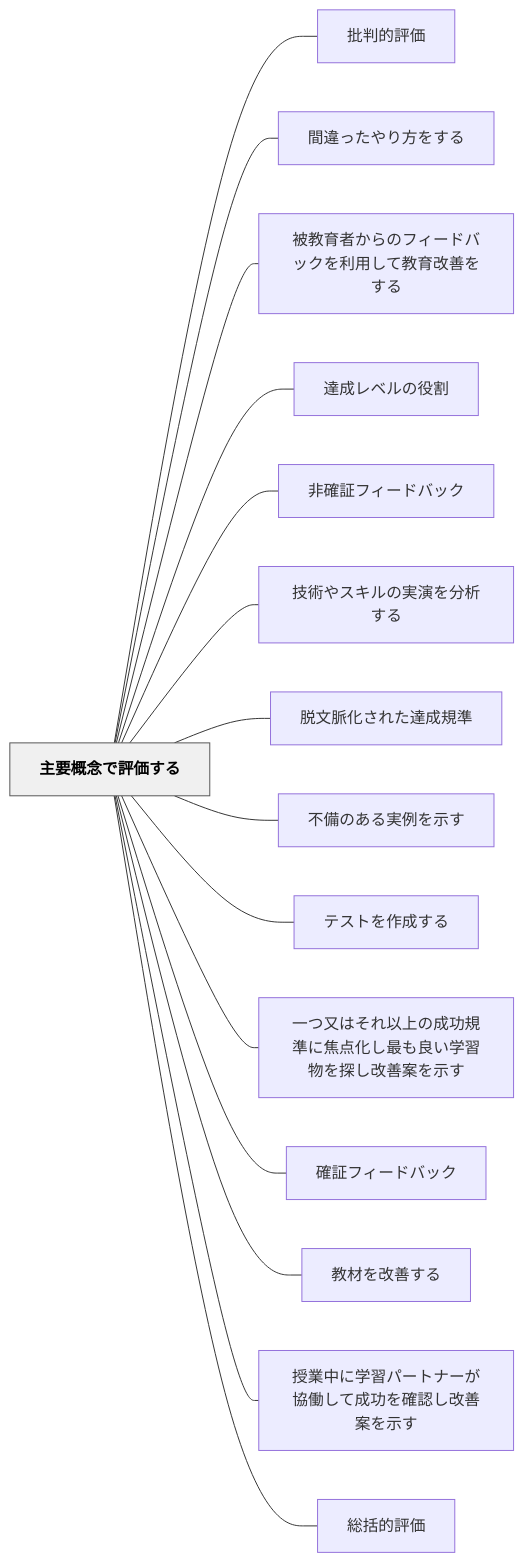
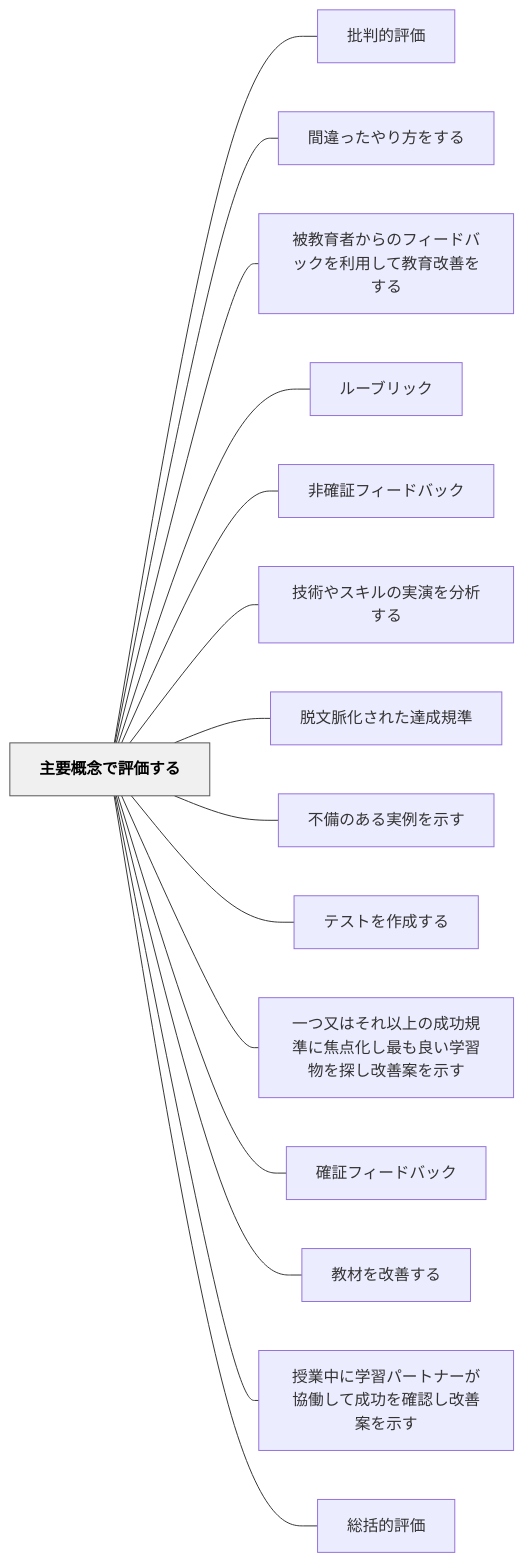
One commit to unknownthings-ed-patterns/unknownthings-ed-patterns changed the diagram in content/パタン/主要概念で評価する.md. Above: the diagram before and after it, drawn with Mermaid. The commit also changed other lines of this file and 26 other files, not shown here.

````diff
--- a/content/パタン/主要概念で評価する.md
+++ b/content/パタン/主要概念で評価する.md
@@ -110,36 +110,36 @@
 ```mermaid
 flowchart LR
     ne4b8bbe8a681e6a682e5bfb5e381a7e8a995e4bea1e38199e3828b["主要概念で評価する"]
     ne689b9e588a4e79a84e8a995e4bea1["批判的評価"]
     ne99693e98195e381a3e3819fe38284e3828ae696b9e38292e38199e3828b["間違ったやり方をする"]
     ne8a2abe69599e882b2e88085e3818be38289e381aee38395e382a3e383bce38389e38390e38383e382afe38292e588a9e794a8e38197e381a6e69599e882b2e694b9e59684e38292e38199e3828b["被教育者からのフィードバックを利用して教育改善をする"]
-    ne98194e68890e383ace38399e383abe381aee5bdb9e589b2["達成レベルの役割"]
+    ne383abe383bce38396e383aae38383e382af["ルーブリック"]
     ne99d9ee7a2bae8a8bce38395e382a3e383bce38389e38390e38383e382af["非確証フィードバック"]
     ne68a80e8a193e38284e382b9e382ade383abe381aee5ae9fe6bc94e38292e58886e69e90e38199e3828b["技術やスキルの実演を分析する"]
     ne884b1e69687e88488e58c96e38195e3828ce3819fe98194e68890e8a68fe6ba96["脱文脈化された達成規準"]
     ne4b88de58299e381aee38182e3828be5ae9fe4be8be38292e7a4bae38199["不備のある実例を示す"]
     ne38386e382b9e38388e38292e4bd9ce68890e38199e3828b["テストを作成する"]
     ne4b880e381a4e58f88e381afe3819de3828ce4bba5e4b88ae381aee68890e58a9fe8a68fe6ba96e381abe784a6e782b9e58c96e38197e69c80e38282e889afe38184e5ada6e7bf92e789a9e38292e68ea2e38197e694b9e59684e6a188e38292e7a4bae38199["一つ又はそれ以上の成功規準に焦点化し最も良い学習物を探し改善案を示す"]
     ne7a2bae8a8bce38395e382a3e383bce38389e38390e38383e382af["確証フィードバック"]
     ne69599e69d90e38292e694b9e59684e38199e3828b["教材を改善する"]
     ne68e88e6a5ade4b8ade381abe5ada6e7bf92e38391e383bce38388e3838ae383bce3818ce58d94e5838de38197e381a6e68890e58a9fe38292e7a2bae8aa8de38197e694b9e59684e6a188e38292e7a4bae38199["授業中に学習パートナーが協働して成功を確認し改善案を示す"]
     ne7b78fe68bace79a84e8a995e4bea1["総括的評価"]
 
     ne4b8bbe8a681e6a682e5bfb5e381a7e8a995e4bea1e38199e3828b --- ne689b9e588a4e79a84e8a995e4bea1
     ne4b8bbe8a681e6a682e5bfb5e381a7e8a995e4bea1e38199e3828b --- ne99693e98195e381a3e3819fe38284e3828ae696b9e38292e38199e3828b
     ne4b8bbe8a681e6a682e5bfb5e381a7e8a995e4bea1e38199e3828b --- ne8a2abe69599e882b2e88085e3818be38289e381aee38395e382a3e383bce38389e38390e38383e382afe38292e588a9e794a8e38197e381a6e69599e882b2e694b9e59684e38292e38199e3828b
-    ne4b8bbe8a681e6a682e5bfb5e381a7e8a995e4bea1e38199e3828b --- ne98194e68890e383ace38399e383abe381aee5bdb9e589b2
+    ne4b8bbe8a681e6a682e5bfb5e381a7e8a995e4bea1e38199e3828b --- ne383abe383bce38396e383aae38383e382af
     ne4b8bbe8a681e6a682e5bfb5e381a7e8a995e4bea1e38199e3828b --- ne99d9ee7a2bae8a8bce38395e382a3e383bce38389e38390e38383e382af
     ne4b8bbe8a681e6a682e5bfb5e381a7e8a995e4bea1e38199e3828b --- ne68a80e8a193e38284e382b9e382ade383abe381aee5ae9fe6bc94e38292e58886e69e90e38199e3828b
     ne4b8bbe8a681e6a682e5bfb5e381a7e8a995e4bea1e38199e3828b --- ne884b1e69687e88488e58c96e38195e3828ce3819fe98194e68890e8a68fe6ba96
     ne4b8bbe8a681e6a682e5bfb5e381a7e8a995e4bea1e38199e3828b --- ne4b88de58299e381aee38182e3828be5ae9fe4be8be38292e7a4bae38199
     ne4b8bbe8a681e6a682e5bfb5e381a7e8a995e4bea1e38199e3828b --- ne38386e382b9e38388e38292e4bd9ce68890e38199e3828b
     ne4b8bbe8a681e6a682e5bfb5e381a7e8a995e4bea1e38199e3828b --- ne4b880e381a4e58f88e381afe3819de3828ce4bba5e4b88ae381aee68890e58a9fe8a68fe6ba96e381abe784a6e782b9e58c96e38197e69c80e38282e889afe38184e5ada6e7bf92e789a9e38292e68ea2e38197e694b9e59684e6a188e38292e7a4bae38199
     ne4b8bbe8a681e6a682e5bfb5e381a7e8a995e4bea1e38199e3828b --- ne7a2bae8a8bce38395e382a3e383bce38389e38390e38383e382af
     ne4b8bbe8a681e6a682e5bfb5e381a7e8a995e4bea1e38199e3828b --- ne69599e69d90e38292e694b9e59684e38199e3828b
     ne4b8bbe8a681e6a682e5bfb5e381a7e8a995e4bea1e38199e3828b --- ne68e88e6a5ade4b8ade381abe5ada6e7bf92e38391e383bce38388e3838ae383bce3818ce58d94e5838de38197e381a6e68890e58a9fe38292e7a2bae8aa8de38197e694b9e59684e6a188e38292e7a4bae38199
     ne4b8bbe8a681e6a682e5bfb5e381a7e8a995e4bea1e38199e3828b --- ne7b78fe68bace79a84e8a995e4bea1
 
     classDef hub fill:#f0f0f0,stroke:#555,color:#000,font-weight:bold
     class ne4b8bbe8a681e6a682e5bfb5e381a7e8a995e4bea1e38199e3828b hub
 ```
````
